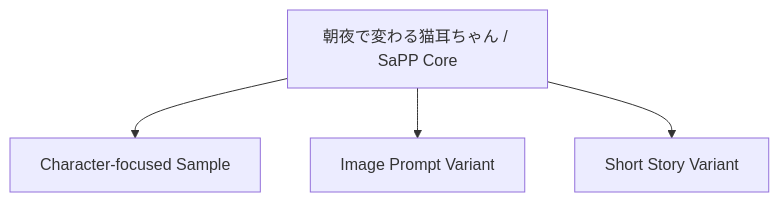
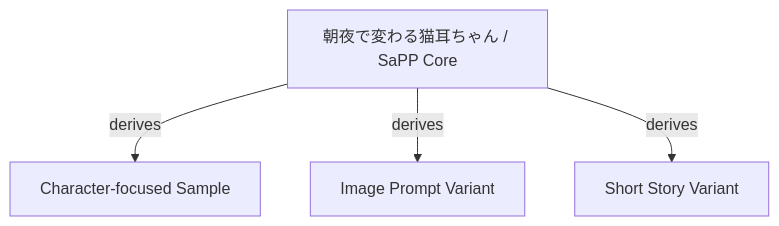
One commit to lero003/settings-as-play-protocol changed the first of 2 diagrams in docs/derivation-map.md. Above: the diagram before and after it, drawn with Mermaid. The commit also changed other lines of this file and 15 other files, not shown here.

````diff
--- a/docs/derivation-map.md
+++ b/docs/derivation-map.md
@@ -26,11 +26,11 @@
 ```mermaid
 graph TD
   A["朝夜で変わる猫耳ちゃん / SaPP Core"]
   B["Character-focused Sample"]
   C["Image Prompt Variant"]
   D["Short Story Variant"]
 
-  A --> B
-  A --> C
-  A --> D
+  A -->|derives| B
+  A -->|derives| C
+  A -->|derives| D
 ```
````
